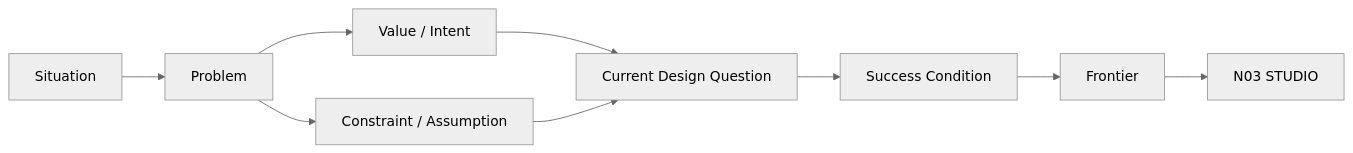
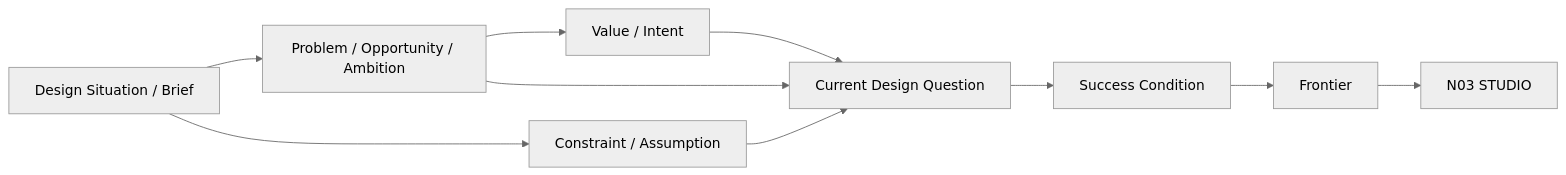
The second of 4 diagrams in product-docs/v0.3/nodes/N02_FOCUS.md (Jiaosong/Design), drawn with Mermaid (neutral theme) before and after one commit. The commit also changed other lines of this file and 71 other files, not shown here.

````diff
--- a/product-docs/v0.3/nodes/N02_FOCUS.md
+++ b/product-docs/v0.3/nodes/N02_FOCUS.md
@@ -44,11 +47,12 @@
 ```mermaid
 flowchart LR
-    S[Situation] --> P[Problem]
+    S[Design Situation / Brief] --> P[Problem / Opportunity / Ambition]
     P --> V[Value / Intent]
-    P --> C[Constraint / Assumption]
+    S --> C[Constraint / Assumption]
     V --> Q[Current Design Question]
+    P --> Q
     C --> Q
     Q --> SC[Success Condition]
     SC --> F[Frontier]
     F --> ST[N03 STUDIO]
 ```
````
